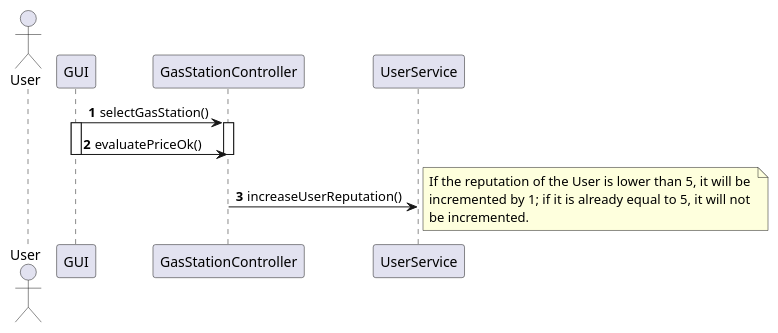
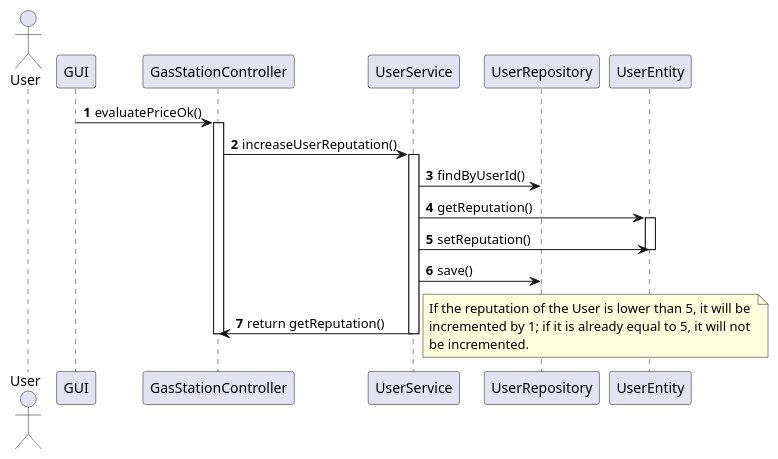
One commit to s269731/Ezgas-SE1 changed the ninth of 10 diagrams in docs/DesignDocument.md. Above: the diagram before and after it, drawn with PlantUML. The commit also changed other lines of this file and 1 other file, not shown here.

Commit message:
docs: fix in DesignDocument.md of verification sequence diagram, add some methods in repository interface and converter class

````diff
--- a/docs/DesignDocument.md
+++ b/docs/DesignDocument.md
@@ -578,18 +642,24 @@
 ```plantuml
 
 @startuml
 
 autonumber
 actor User
-GUI -> GasStationController: selectGasStation()
+GUI -> GasStationController: evaluatePriceOk()
 activate GasStationController
-activate GUI
-GUI -> GasStationController: evaluatePriceOk()
+GasStationController -> UserService: increaseUserReputation()
+activate UserService
+UserService -> UserRepository: findByUserId()
+UserService -> UserEntity: getReputation()
+activate UserEntity
+UserService -> UserEntity: setReputation()
+deactivate UserEntity
+UserService -> UserRepository: save()
+UserService -> GasStationController: return getReputation()
+deactivate UserService
 deactivate GasStationController
-deactivate GUI
-GasStationController -> UserService: increaseUserReputation()
 note right: If the reputation of the User is lower than 5, it will be \nincremented by 1; if it is already equal to 5, it will not \nbe incremented.
 
 @enduml
 
 ```
````
